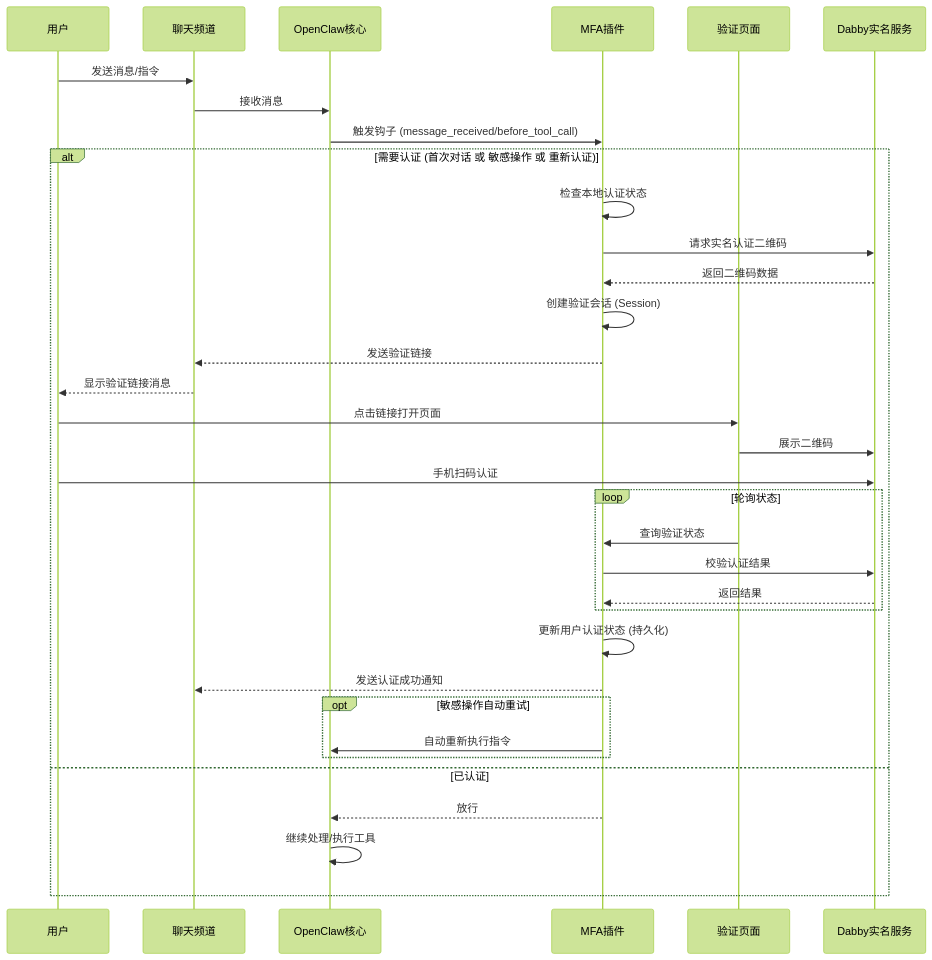
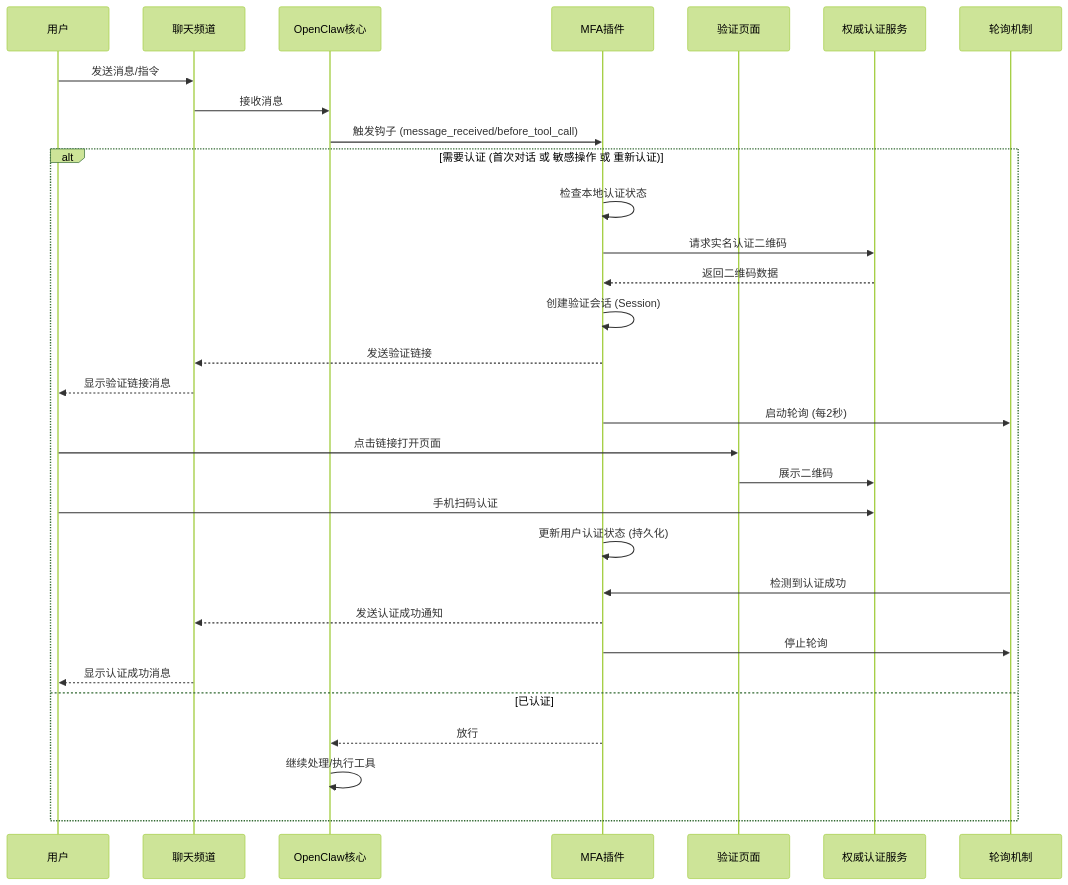
One commit to xiexikang/openclaw changed the diagram in extensions/mfa-auth/README.md. Above: the diagram before and after it, drawn with Mermaid (forest theme). The commit also changed other lines of this file and 5 other files, not shown here.

````diff
--- a/extensions/mfa-auth/README.md
+++ b/extensions/mfa-auth/README.md
@@ -29,42 +29,37 @@
 ```mermaid
 sequenceDiagram
     participant User as 用户
     participant Channel as 聊天频道
     participant OpenClaw as OpenClaw核心
     participant Plugin as MFA插件
     participant Browser as 验证页面
-    participant Dabby as Dabby实名服务
+    participant Dabby as 权威认证服务
+    participant Polling as 轮询机制
 
     User->>Channel: 发送消息/指令
     Channel->>OpenClaw: 接收消息
     OpenClaw->>Plugin: 触发钩子 (message_received/before_tool_call)
 
     alt 需要认证 (首次对话 或 敏感操作 或 重新认证)
         Plugin->>Plugin: 检查本地认证状态
         Plugin->>Dabby: 请求实名认证二维码
         Dabby-->>Plugin: 返回二维码数据
         Plugin->>Plugin: 创建验证会话 (Session)
         Plugin-->>Channel: 发送验证链接
         Channel-->>User: 显示验证链接消息
+        Plugin->>Polling: 启动轮询 (每2秒)
 
         User->>Browser: 点击链接打开页面
         Browser->>Dabby: 展示二维码
         User->>Dabby: 手机扫码认证
+        Plugin->>Plugin: 更新用户认证状态 (持久化)
 
-        loop 轮询状态
-            Browser->>Plugin: 查询验证状态
-            Plugin->>Dabby: 校验认证结果
-            Dabby-->>Plugin: 返回结果
-        end
-
-        Plugin->>Plugin: 更新用户认证状态 (持久化)
+        Polling->>Plugin: 检测到认证成功
         Plugin-->>Channel: 发送认证成功通知
-
-        opt 敏感操作自动重试
-            Plugin->>OpenClaw: 自动重新执行指令
-        end
+        Plugin->>Polling: 停止轮询
+        Channel-->>User: 显示认证成功消息
     else 已认证
         Plugin-->>OpenClaw: 放行
         OpenClaw->>OpenClaw: 继续处理/执行工具
     end
 ```
````
